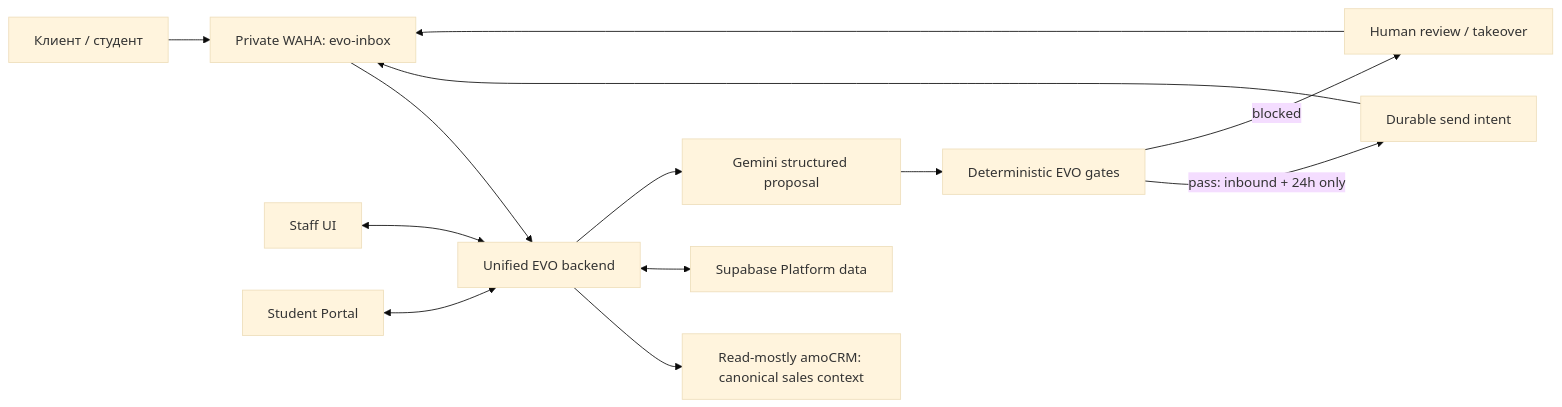
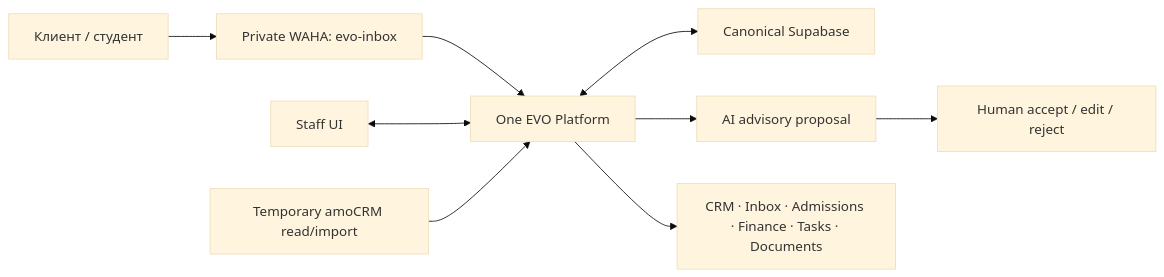
Before and after one commit to izzhackt/evo_AI_CRM: the diagram in docs/platform/system-overview.md, drawn with Mermaid (base theme). The commit also changed other lines of this file and 65 other files, not shown here.

Commit message:
docs(platform): adopt unified v1 authority contract

````diff
--- a/docs/platform/system-overview.md
+++ b/docs/platform/system-overview.md
@@ -75,15 +61,11 @@
 ```mermaid
 flowchart LR
   Customer["Клиент / студент"] --> Waha["Private WAHA: evo-inbox"]
-  Waha --> Platform["Unified EVO backend"]
-  Platform --> Amo["Read-mostly amoCRM: canonical sales context"]
-  Platform <--> Data["Supabase Platform data"]
+  Waha --> Platform["One EVO Platform"]
+  Platform <--> Data["Canonical Supabase"]
   Staff["Staff UI"] <--> Platform
-  Portal["Student Portal"] <--> Platform
-  Platform --> Proposal["Gemini structured proposal"]
-  Proposal --> Gate["Deterministic EVO gates"]
-  Gate -->|"pass: inbound + 24h only"| Queue["Durable send intent"]
-  Gate -->|"blocked"| Review["Human review / takeover"]
-  Queue --> Waha
-  Review --> Waha
+  Amo["Temporary amoCRM read/import"] --> Platform
+  Platform --> Proposal["AI advisory proposal"]
+  Proposal --> Review["Human accept / edit / reject"]
+  Platform --> Modules["CRM · Inbox · Admissions · Finance · Tasks · Documents"]
 ```
````
